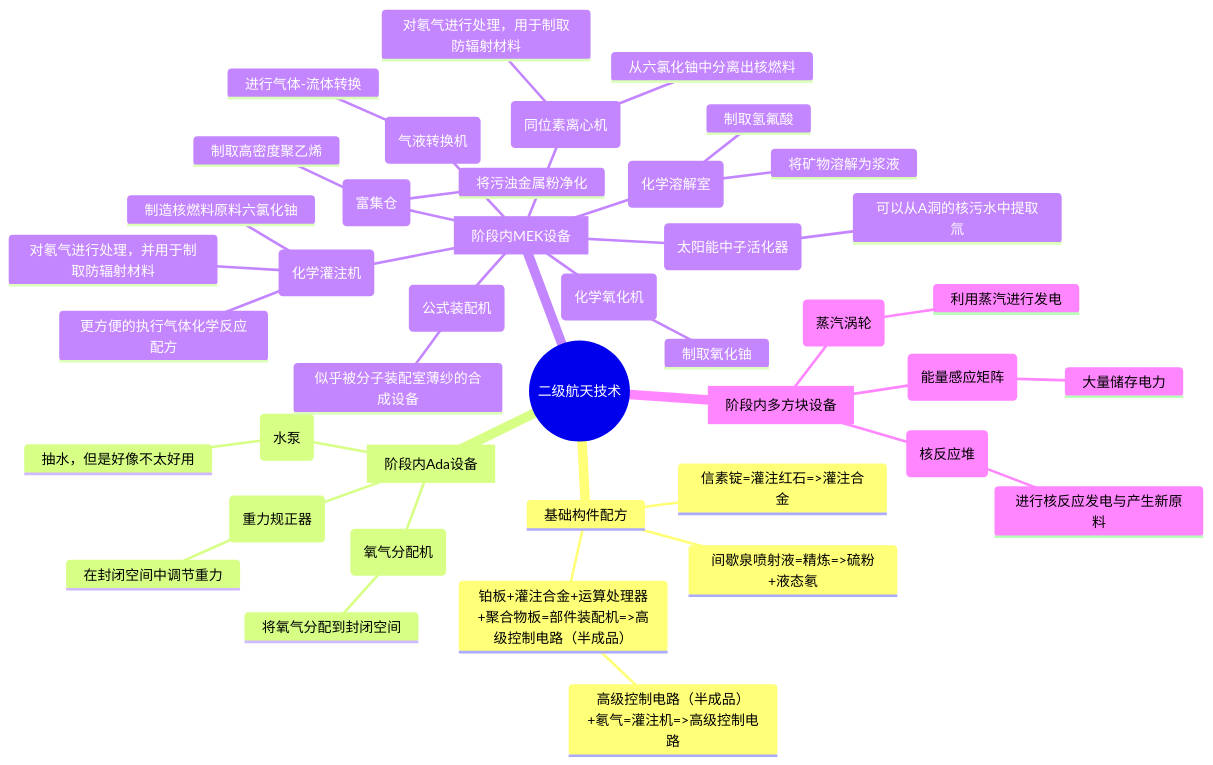
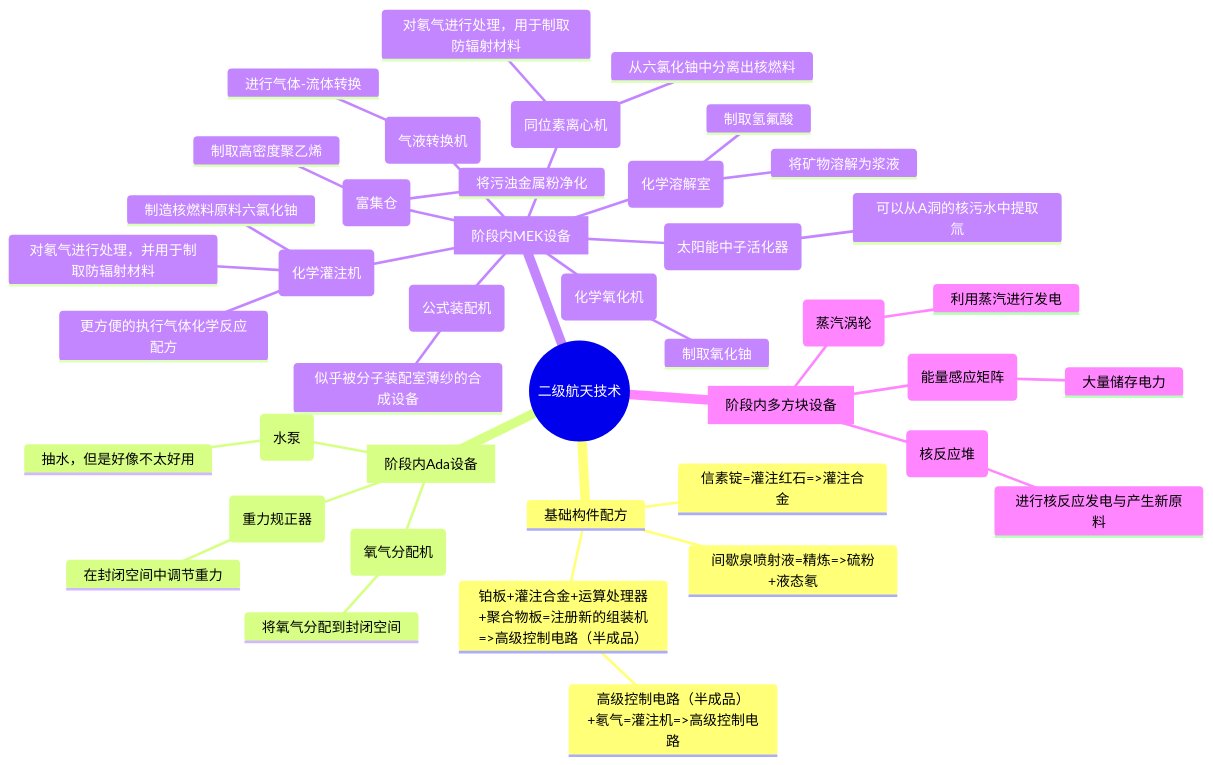
One commit to VechniMetel/CodeNameCIM2 changed the second of 4 diagrams in Developer/TechTreeMap.md. Above: the diagram before and after it, drawn with Mermaid. The commit also changed other lines of this file, not shown here.

````diff
--- a/Developer/TechTreeMap.md
+++ b/Developer/TechTreeMap.md
@@ -34,45 +34,45 @@
 ``` mermaid
 mindmap
     root((二级航天技术))
         基础构件配方
             信素锭=灌注红石=>灌注合金
             间歇泉喷射液=精炼=>硫粉+液态氡
-            铂板+灌注合金+运算处理器+聚合物板=部件装配机=>高级控制电路（半成品）
+            铂板+灌注合金+运算处理器+聚合物板=注册新的组装机=>高级控制电路（半成品）
                 高级控制电路（半成品）+氡气=灌注机=>高级控制电路
         [阶段内Ada设备]
             (水泵)
                 抽水，但是好像不太好用
             (氧气分配机)
                 将氧气分配到封闭空间
             (重力规正器)
                 在封闭空间中调节重力
         [阶段内MEK设备]
             (富集仓)
                 将污浊金属粉净化
                 制取高密度聚乙烯
             (公式装配机)
                 似乎被分子装配室薄纱的合成设备
             (化学灌注机)
                 更方便的执行气体化学反应配方
                 制造核燃料原料六氯化铀
                 对氡气进行处理，并用于制取防辐射材料
             (化学氧化机)
                 制取氧化铀
             (化学溶解室)
                 制取氢氟酸
                 将矿物溶解为浆液
             (同位素离心机)
                 从六氯化铀中分离出核燃料
                 对氡气进行处理，用于制取防辐射材料
             (气液转换机)
                 进行气体-流体转换
             (太阳能中子活化器)
                 可以从A洞的核污水中提取氚
         [阶段内多方块设备]
             (能量感应矩阵)
                 大量储存电力
             (蒸汽涡轮)
                 利用蒸汽进行发电
             (核反应堆)
                 进行核反应发电与产生新原料
 ```
````
